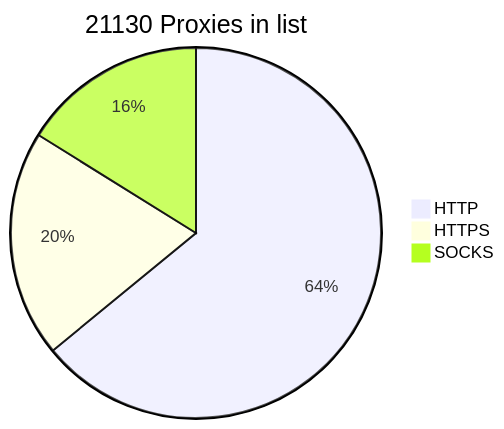
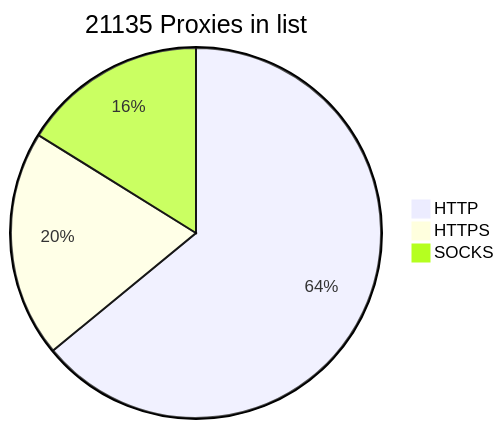
Before and after one commit to BlackSnowDot/proxylist-update-every-minute: the diagram in README.md, drawn with Mermaid.

````diff
--- a/README.md
+++ b/README.md
@@ -2,6 +2,6 @@
 ```mermaid
-pie title 21130 Proxies in list
-    "HTTP" : 15402
-    "HTTPS": 4761
-    "SOCKS" : 3881
+pie title 21135 Proxies in list
+    "HTTP" : 15405
+    "HTTPS": 4763
+    "SOCKS" : 3884
 ```
````
